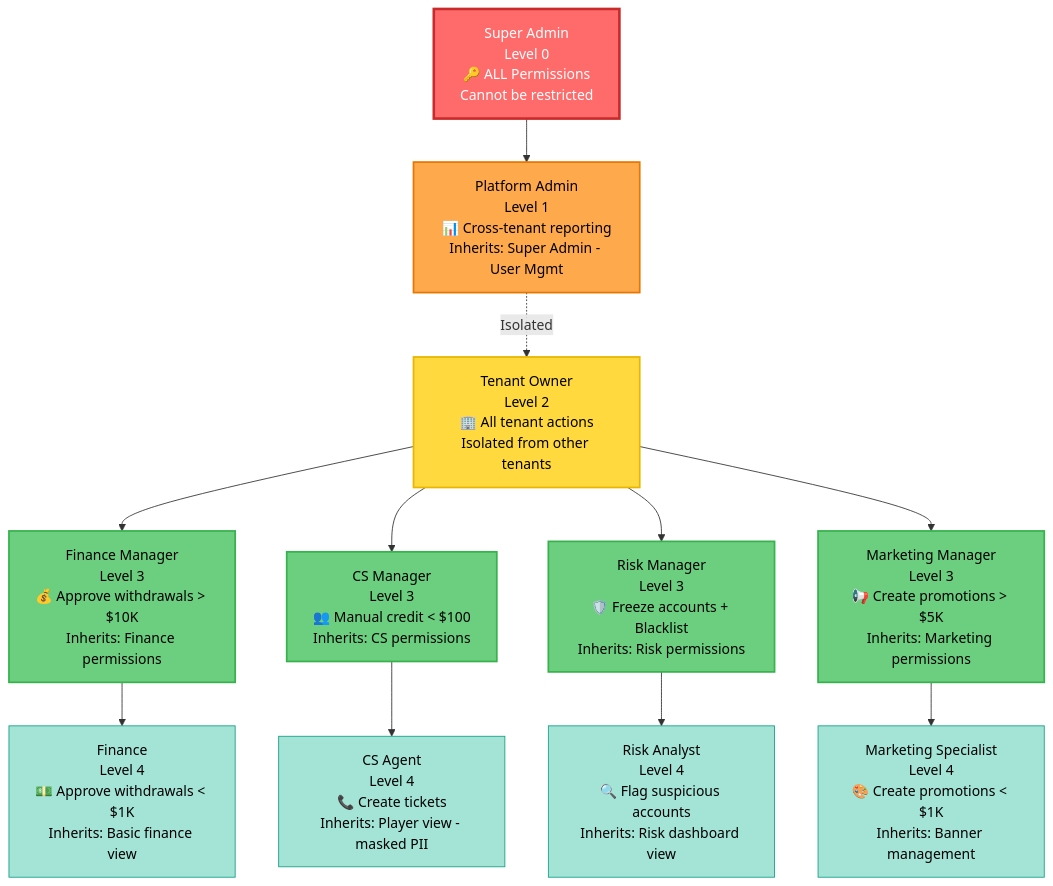
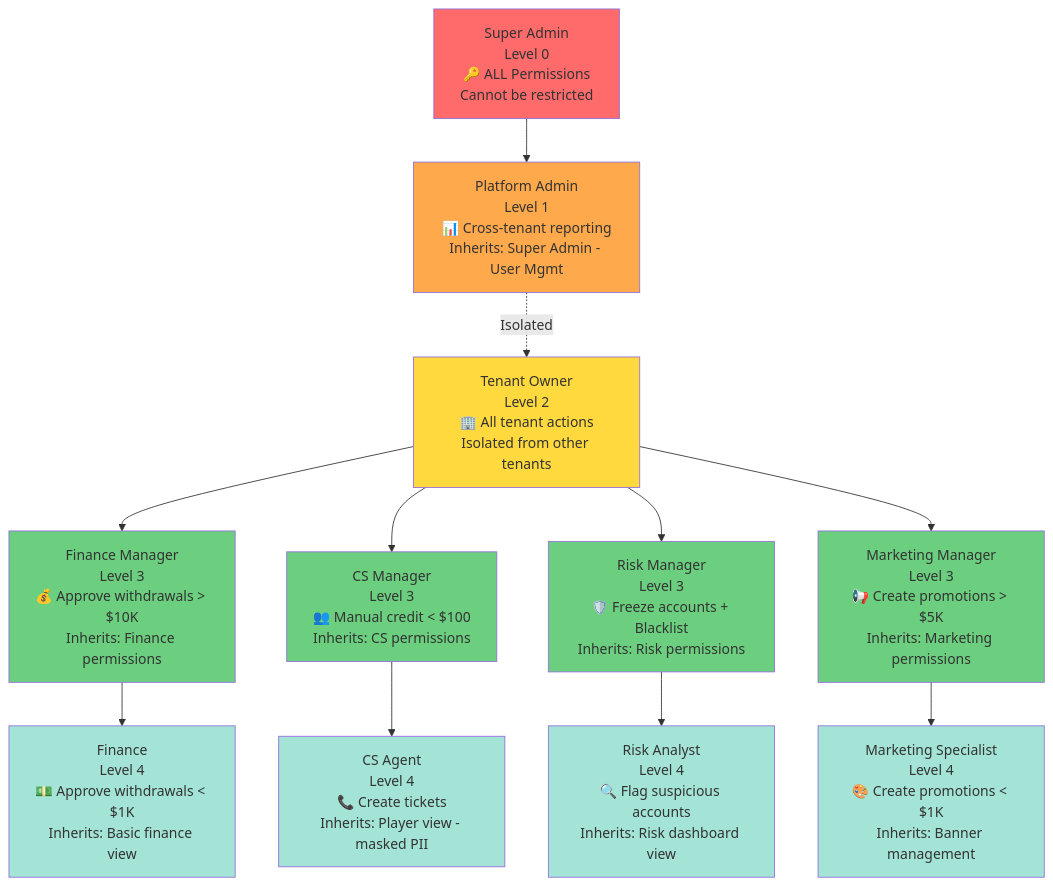
One commit to ron03wlb/smart-admin changed the second of 4 diagrams in docs/iGaming/09_System_Security/09-01_Admin_RBAC.md. Above: the diagram before and after it, drawn with Mermaid. The commit also changed other lines of this file and 16 other files, not shown here.

First line of the commit message:
fix(mermaid): Phase 6 - fix Type D comma-separated style properties

````diff
--- a/docs/iGaming/09_System_Security/09-01_Admin_RBAC.md
+++ b/docs/iGaming/09_System_Security/09-01_Admin_RBAC.md
@@ -162,42 +162,42 @@
 ```mermaid
 graph TD
     SA[Super Admin<br/>Level 0<br/>🔑 ALL Permissions<br/>Cannot be restricted]
     PA[Platform Admin<br/>Level 1<br/>📊 Cross-tenant reporting<br/>Inherits: Super Admin - User Mgmt]
 
     TO[Tenant Owner<br/>Level 2<br/>🏢 All tenant actions<br/>Isolated from other tenants]
 
     FM[Finance Manager<br/>Level 3<br/>💰 Approve withdrawals > $10K<br/>Inherits: Finance permissions]
     CSM[CS Manager<br/>Level 3<br/>👥 Manual credit < $100<br/>Inherits: CS permissions]
     RM[Risk Manager<br/>Level 3<br/>🛡️ Freeze accounts + Blacklist<br/>Inherits: Risk permissions]
     MM[Marketing Manager<br/>Level 3<br/>📢 Create promotions > $5K<br/>Inherits: Marketing permissions]
 
     F[Finance<br/>Level 4<br/>💵 Approve withdrawals < $1K<br/>Inherits: Basic finance view]
     CSA[CS Agent<br/>Level 4<br/>📞 Create tickets<br/>Inherits: Player view - masked PII]
     RA[Risk Analyst<br/>Level 4<br/>🔍 Flag suspicious accounts<br/>Inherits: Risk dashboard view]
     MS[Marketing Specialist<br/>Level 4<br/>🎨 Create promotions < $1K<br/>Inherits: Banner management]
 
     SA --> PA
     PA -.Isolated.-> TO
 
     TO --> FM
     TO --> CSM
     TO --> RM
     TO --> MM
 
     FM --> F
     CSM --> CSA
     RM --> RA
     MM --> MS
 
-    style SA fill:#FF6B6B,stroke:#C92A2A,stroke-width:3px,color:#FFF
-    style PA fill:#FFA94D,stroke:#E67700,stroke-width:2px,color:#000
-    style TO fill:#FFD93D,stroke:#E8B600,stroke-width:2px,color:#000
-    style FM fill:#6BCF7F,stroke:#37B24D,stroke-width:2px,color:#000
-    style CSM fill:#6BCF7F,stroke:#37B24D,stroke-width:2px,color:#000
-    style RM fill:#6BCF7F,stroke:#37B24D,stroke-width:2px,color:#000
-    style MM fill:#6BCF7F,stroke:#37B24D,stroke-width:2px,color:#000
-    style F fill:#A3E4D7,stroke:#16A085,stroke-width:1px,color:#000
-    style CSA fill:#A3E4D7,stroke:#16A085,stroke-width:1px,color:#000
-    style RA fill:#A3E4D7,stroke:#16A085,stroke-width:1px,color:#000
-    style MS fill:#A3E4D7,stroke:#16A085,stroke-width:1px,color:#000
+    style SA fill:#FF6B6B
+    style PA fill:#FFA94D
+    style TO fill:#FFD93D
+    style FM fill:#6BCF7F
+    style CSM fill:#6BCF7F
+    style RM fill:#6BCF7F
+    style MM fill:#6BCF7F
+    style F fill:#A3E4D7
+    style CSA fill:#A3E4D7
+    style RA fill:#A3E4D7
+    style MS fill:#A3E4D7
 ```
````
